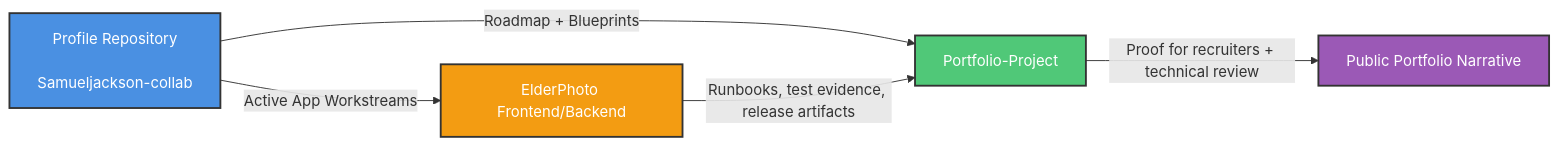
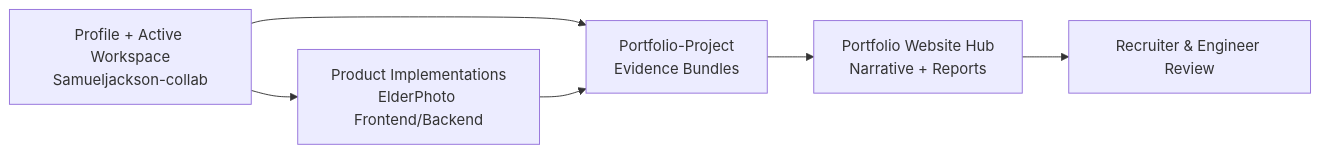
One commit to samueljackson-collab/Samueljackson-collab changed the second of 5 diagrams in README.md. Above: the diagram before and after it, drawn with Mermaid. The commit also changed other lines of this file, not shown here.

Commit message:
docs: overhaul main README with portfolio master index

````diff
--- a/README.md
+++ b/README.md
@@ -42,13 +76,12 @@
 ```mermaid
 flowchart LR
-  A[Profile Repository<br/>
-Samueljackson-collab] -->|Roadmap + Blueprints| B[Portfolio-Project]
-  A -->|Active App Workstreams| C[ElderPhoto Frontend/Backend]
-  C -->|Runbooks, test evidence, release artifacts| B
-  B -->|Proof for recruiters + technical review| D[Public Portfolio Narrative]
-
-  style A fill:#4a90e2,stroke:#333,stroke-width:2px,color:#fff
-  style B fill:#50C878,stroke:#333,stroke-width:2px,color:#fff
-  style C fill:#f39c12,stroke:#333,stroke-width:2px,color:#fff
-  style D fill:#9b59b6,stroke:#333,stroke-width:2px,color:#fff
+  A[Profile + Active Workspace
+Samueljackson-collab] --> B[Portfolio-Project
+Evidence Bundles]
+  A --> C[Product Implementations
+ElderPhoto Frontend/Backend]
+  C --> B
+  B --> D[Portfolio Website Hub
+Narrative + Reports]
+  D --> E[Recruiter & Engineer Review]
 ```
````
